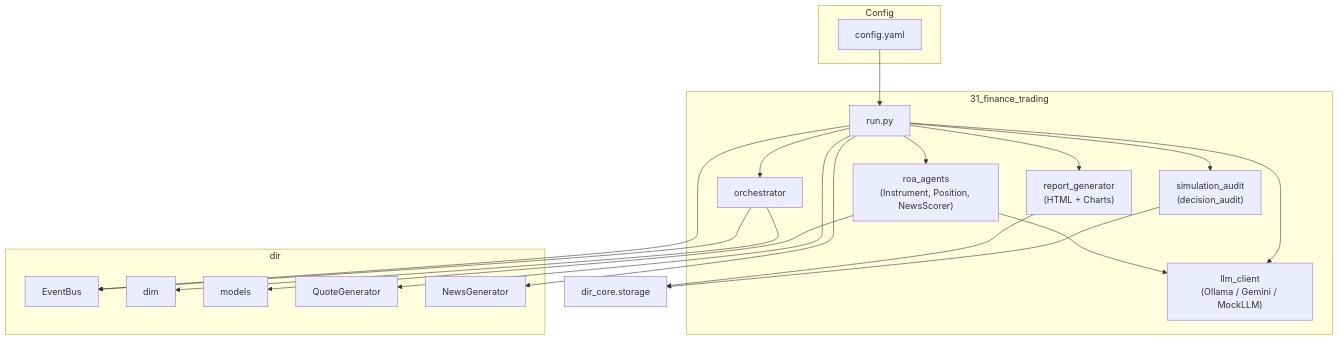
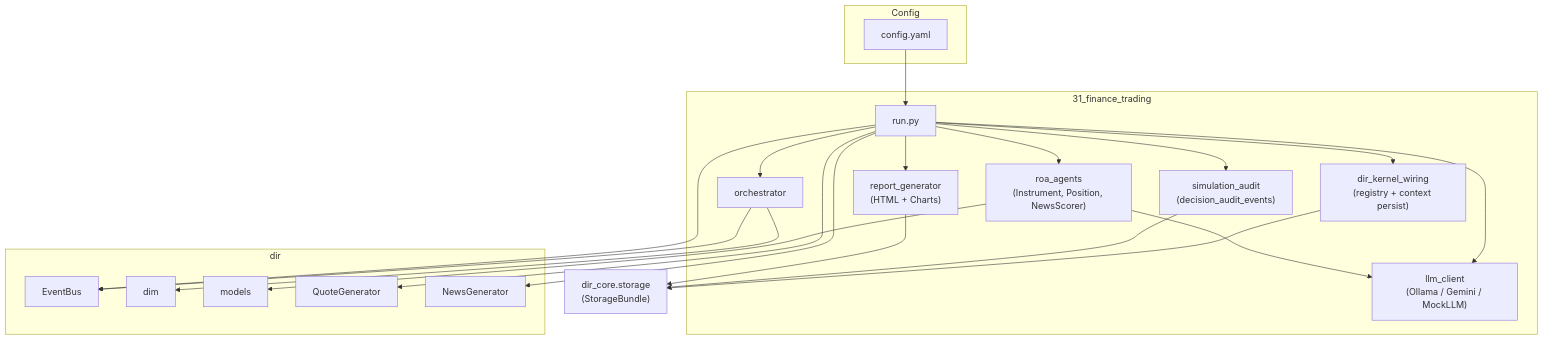
One commit to huka81/decision-intelligence-runtime changed the seventh of 7 diagrams in samples/31_finance_trading/README.md. Above: the diagram before and after it, drawn with Mermaid. The commit also changed other lines of this file and 10 other files, not shown here.

````diff
--- a/samples/31_finance_trading/README.md
+++ b/samples/31_finance_trading/README.md
@@ -670,39 +670,42 @@
 ```mermaid
 flowchart TB
     subgraph Config
         YAML["config.yaml"]
     end
 
     subgraph Sample["31_finance_trading"]
         Run["run.py"]
         LLM["llm_client\n(Ollama / Gemini / MockLLM)"]
         ROA["roa_agents\n(Instrument, Position, NewsScorer)"]
         Orch["orchestrator"]
-        Rec["simulation_audit\n(decision_audit)"]
+        Kern["dir_kernel_wiring\n(registry + context persist)"]
+        Rec["simulation_audit\n(decision_audit_events)"]
         Rep["report_generator\n(HTML + Charts)"]
     end
 
     subgraph Dir["dir"]
         Bus["EventBus"]
         DIM["dim"]
         Models["models"]
         QGen["QuoteGenerator"]
         NGen["NewsGenerator"]
     end
 
     YAML --> Run
     Run --> LLM
     Run --> ROA
     Run --> Orch
     Run --> QGen
     Run --> NGen
+    Run --> Kern
     Run --> Rec
     Run --> Rep
-    Rec --> DB["dir_core.storage"]
+    Kern --> DB["dir_core.storage\n(StorageBundle)"]
+    Rec --> DB
     Rep --> DB
     ROA --> LLM
     ROA --> Models
     Orch --> Bus
     Orch --> DIM
     Run --> Bus
 ```
````
